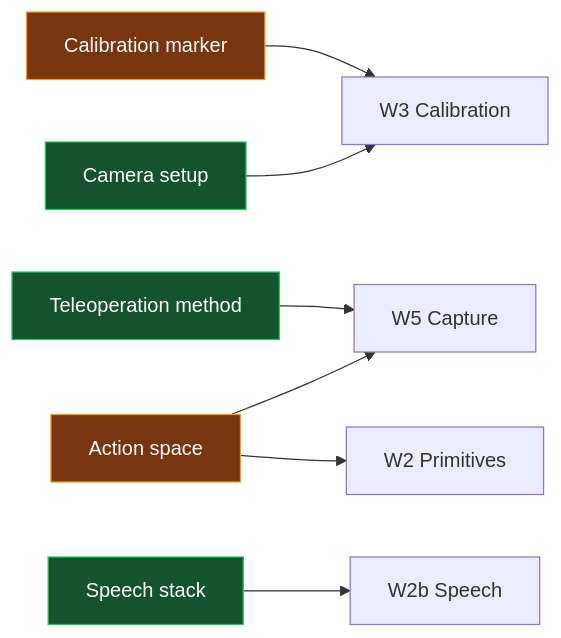
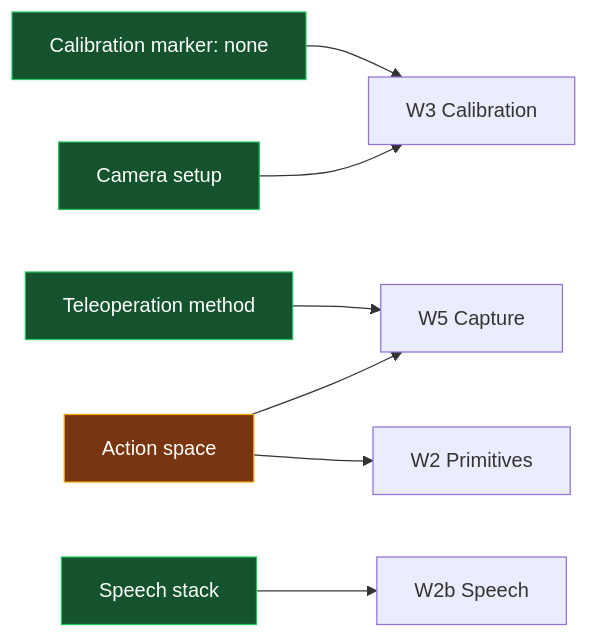
One commit to jjietay/fyp-vla-ur5e changed the third of 3 diagrams in docs/plan_vault/Flowchart.md. Above: the diagram before and after it, drawn with Mermaid. The commit also changed other lines of this file and 10 other files, not shown here.

Commit message:
feat: finalize calibration marker decision; update related documentation and flowcharts

````diff
--- a/docs/plan_vault/Flowchart.md
+++ b/docs/plan_vault/Flowchart.md
@@ -94,12 +94,12 @@
 ```mermaid
 flowchart LR
-    MARK[Calibration marker]:::pending --> W3[W3 Calibration]
+    MARK[Calibration marker: none]:::ok --> W3[W3 Calibration]
     CAM[Camera setup]:::ok --> W3
     TELE[Teleoperation method]:::ok --> W5[W5 Capture]
     ACT[Action space]:::pending --> W5
     ACT --> W2[W2 Primitives]
     SPEECH[Speech stack]:::ok --> W2B[W2b Speech]
 
     classDef ok fill:#14532d,stroke:#22c55e,color:#fff
     classDef pending fill:#78350f,stroke:#f59e0b,color:#fff
 ```
````
